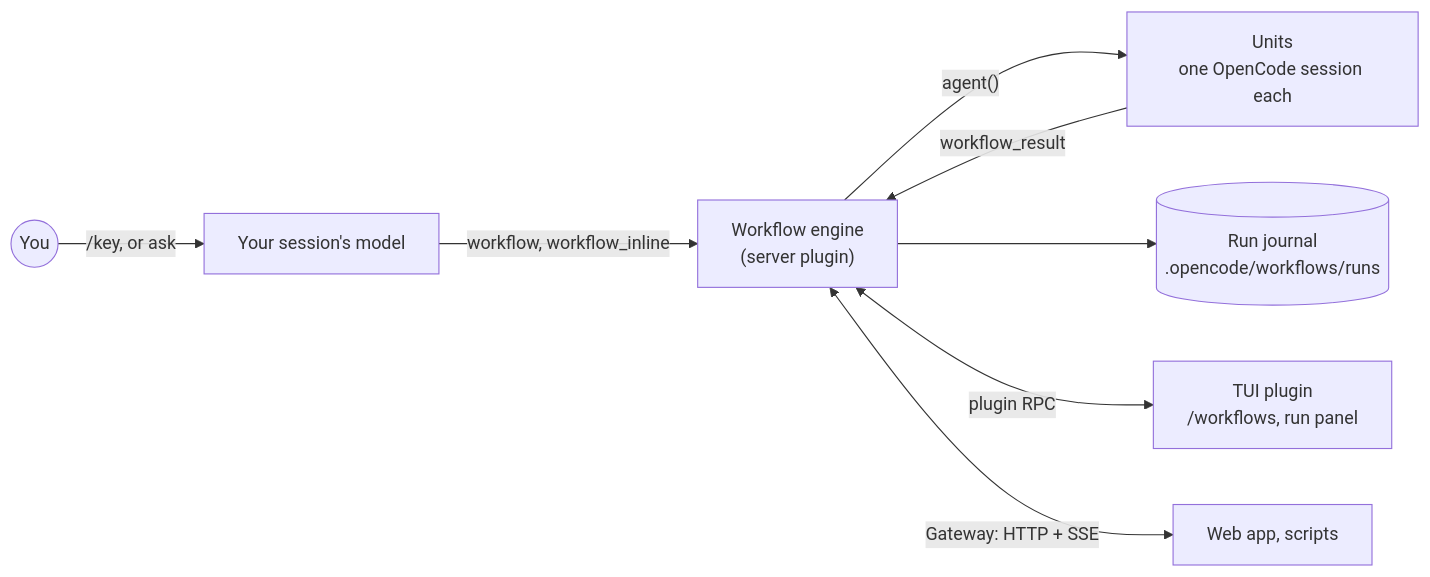
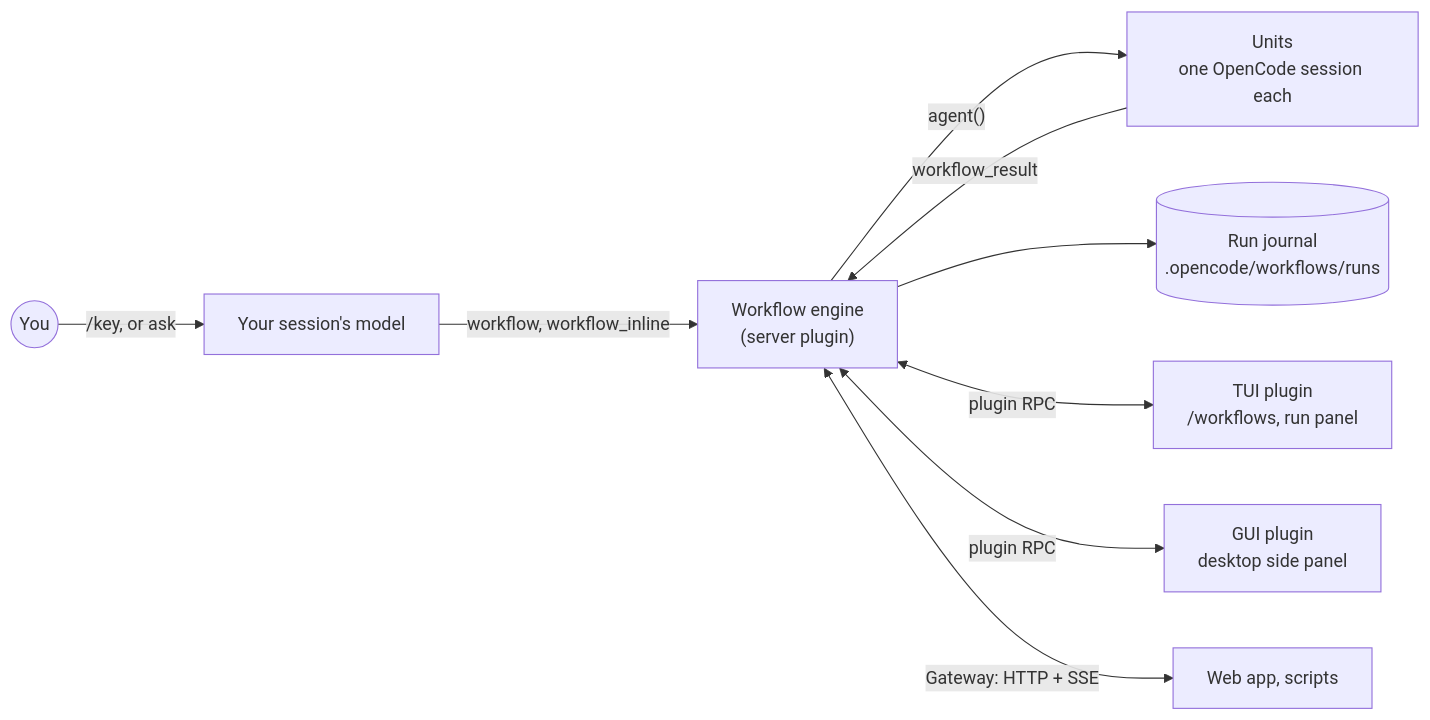
One commit to qunqin24/opendock changed the diagram in src/data/readme/syn7xx--opencode-dynamic-workflows.md. Above: the diagram before and after it, drawn with Mermaid. The commit also changed other lines of this file and 332 other files, not shown here.

````diff
--- a/src/data/readme/syn7xx--opencode-dynamic-workflows.md
+++ b/src/data/readme/syn7xx--opencode-dynamic-workflows.md
@@ -398,10 +440,11 @@
 ```mermaid
 flowchart LR
   you((You)) -->|"/key, or ask"| model["Your session's model"]
   model -->|"workflow, workflow_inline"| engine["Workflow engine<br/>(server plugin)"]
   engine -->|"agent()"| units["Units<br/>one OpenCode session each"]
   units -->|"workflow_result"| engine
   engine --> journal[("Run journal<br/>.opencode/workflows/runs")]
   engine <-->|plugin RPC| tui["TUI plugin<br/>/workflows, run panel"]
+  engine <-->|plugin RPC| gui["GUI plugin<br/>desktop side panel"]
   engine <-->|"Gateway: HTTP + SSE"| web["Web app, scripts"]
 ```
````
